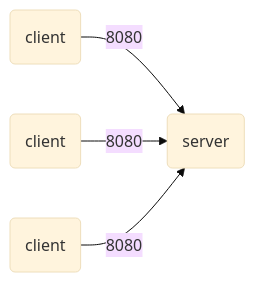
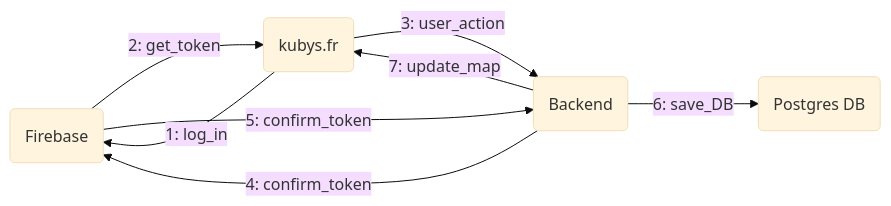
One commit to Joalien/Kubys changed the diagram in README.md. Above: the diagram before and after it, drawn with Mermaid (base theme). The commit also changed other lines of this file and 21 other files, not shown here.

````diff
--- a/README.md
+++ b/README.md
@@ -32,11 +32,15 @@
 ```mermaid
 graph LR
-A1(client)
-A2(client)
-A3(client)
-B(server)
+F(Firebase)
+K(kubys.fr)
+B(Backend)
+DB(Postgres DB)
 
-A1 -- 8080 --> B
-A2 -- 8080 --> B
-A3 -- 8080 --> B
+K -- 1: log_in --> F
+F -- 2: get_token --> K
+K -- 3: user_action --> B
+B -- 4: confirm_token --> F
+F -- 5: confirm_token --> B
+B -- 6: save_DB --> DB
+B -- 7: update_map --> K 
 ```
````
